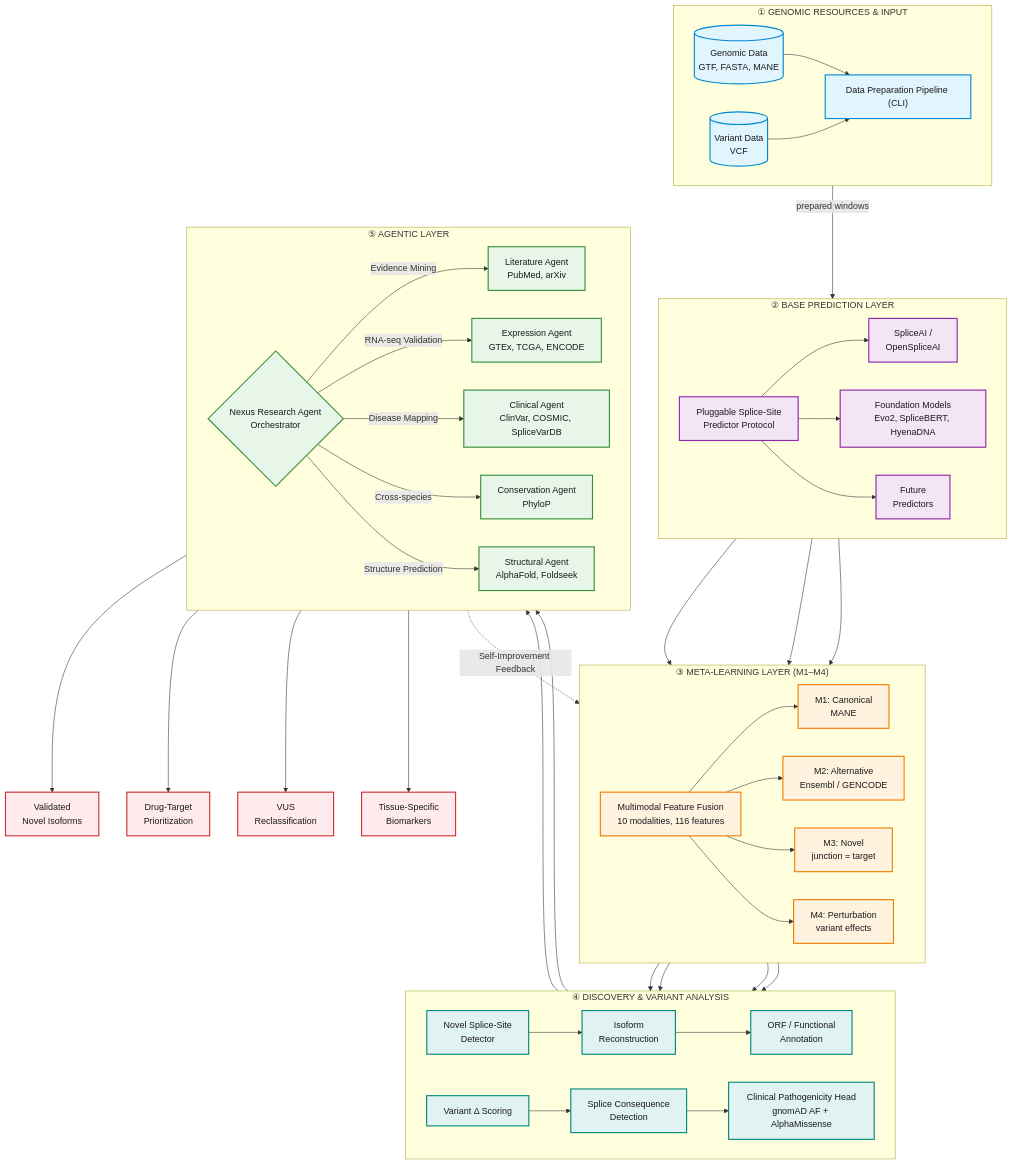
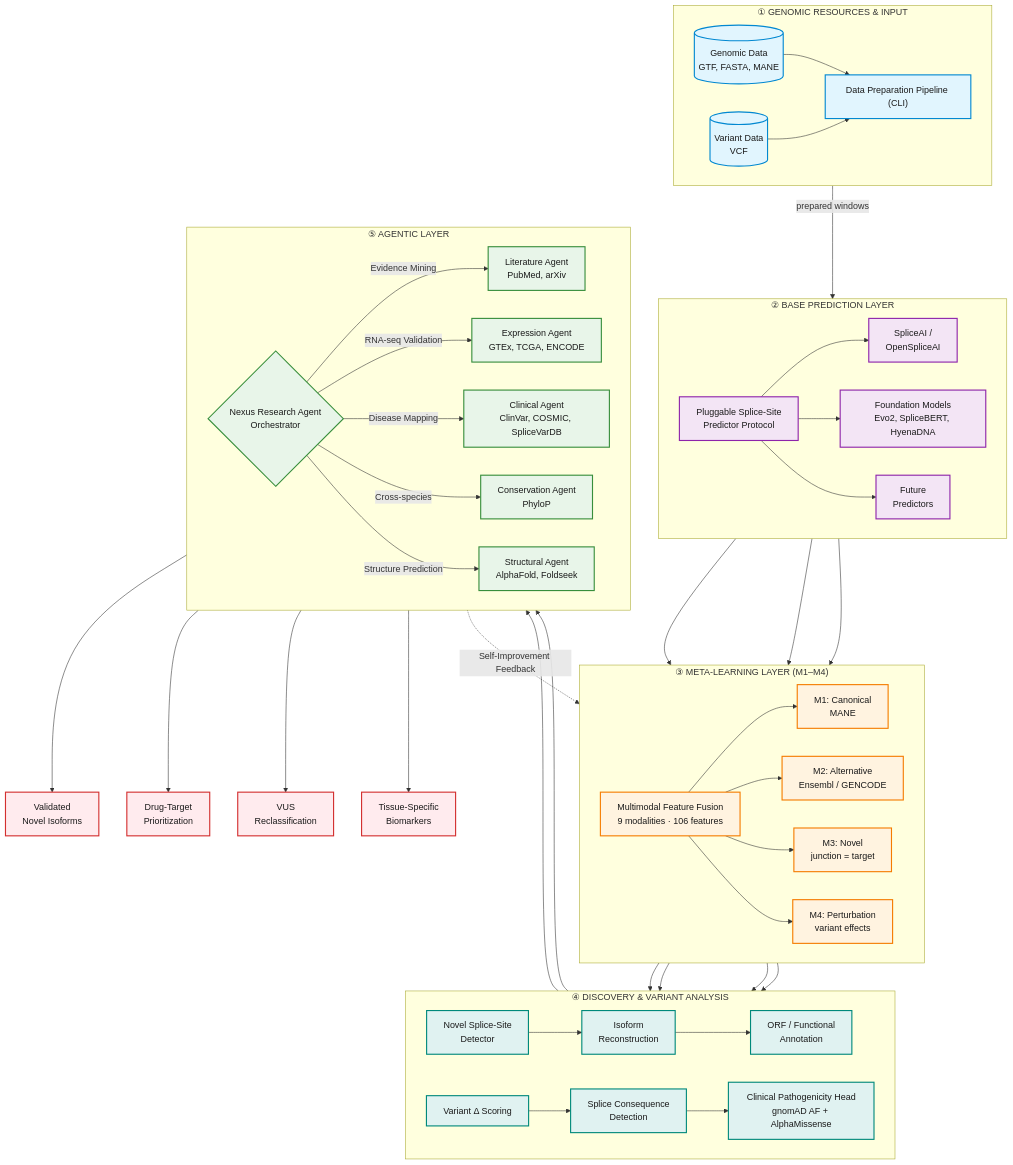
One commit to pleiadian53/agentic-spliceai changed the first of 2 diagrams in README.md. Above: the diagram before and after it, drawn with Mermaid. The commit also changed other lines of this file and 8 other files, not shown here.

First line of the commit message:
docs: reconcile multimodal feature counts (106/114 catalog, 100/108 code, 116 parquet)

```diff
--- a/README.md
+++ b/README.md
@@ -59,7 +59,7 @@
     %% Layer 3: Meta-Learning Layer with M1-M4 hierarchy
     subgraph L3 ["③ META-LEARNING LAYER (M1–M4)"]
         direction LR
-        F["Multimodal Feature Fusion<br/>10 modalities, 116 features"]:::meta
+        F["Multimodal Feature Fusion<br/>9 modalities · 106 features"]:::meta
         M1[M1: Canonical<br/>MANE]:::meta
         M2[M2: Alternative<br/>Ensembl / GENCODE]:::meta
         M3[M3: Novel<br/>junction = target]:::meta
```
